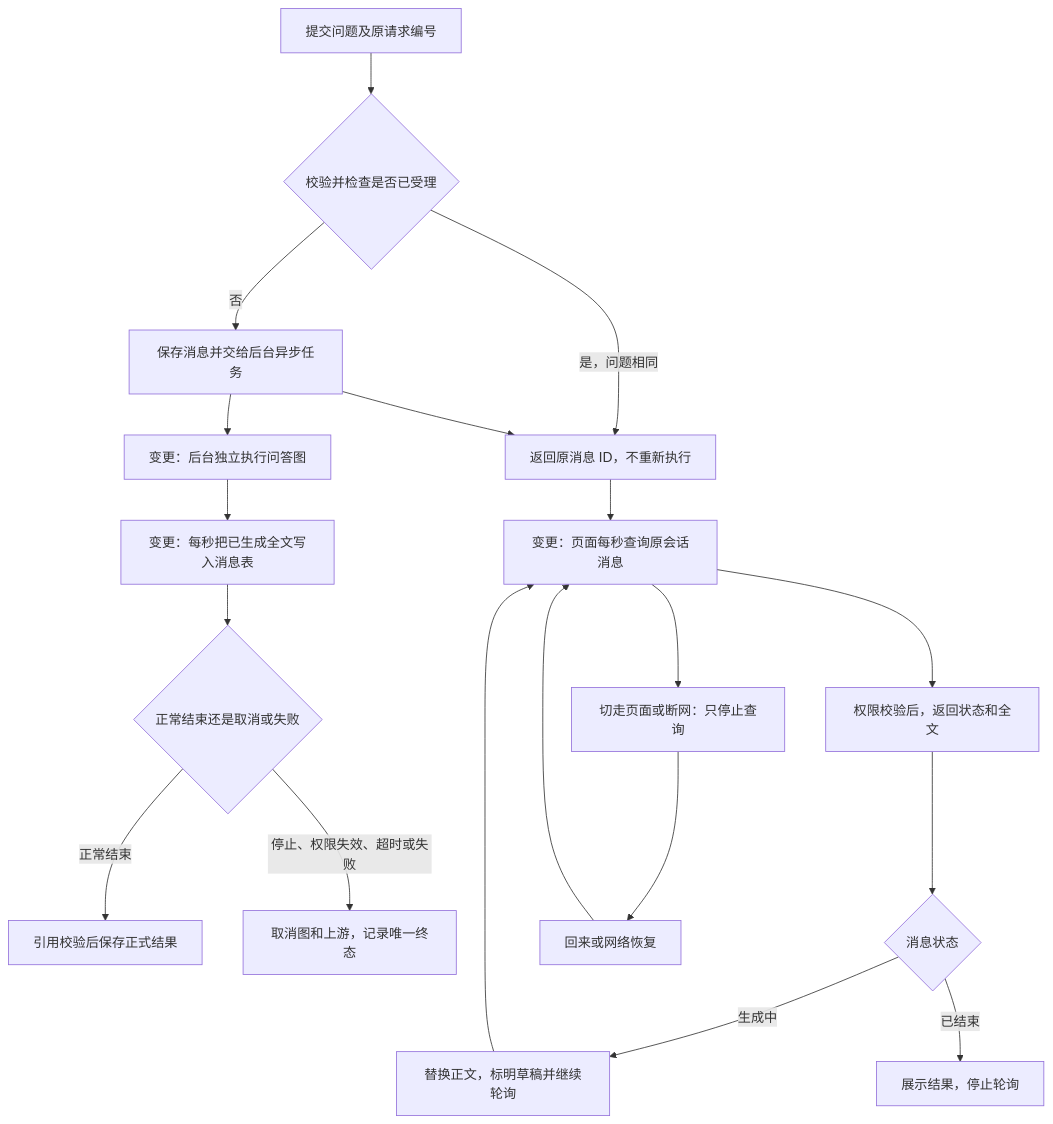
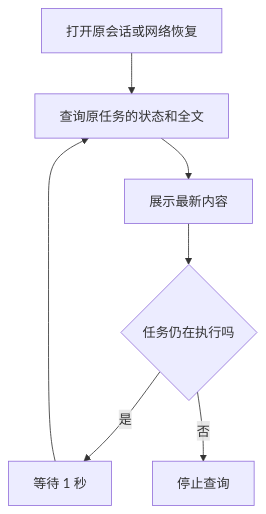
The second of 2 diagrams in docs/technical-plan-chat-reconnect.md (zjqylhy/it_helpdesk_rag), drawn with Mermaid before and after one commit. The commit also changed other lines of this file, not shown here.

Commit message:
docs: separate background execution from frontend viewing diagrams

````diff
--- a/docs/technical-plan-chat-reconnect.md
+++ b/docs/technical-plan-chat-reconnect.md
@@ -47,21 +50,9 @@
 ```mermaid
 flowchart TD
-    A[提交问题及原请求编号] --> B{校验并检查是否已受理}
-    B -->|是，问题相同| C[返回原消息 ID，不重新执行]
-    B -->|否| D[保存消息并交给后台异步任务]
-    D --> E[变更：后台独立执行问答图]
-    D --> C
-    E --> F[变更：每秒把已生成全文写入消息表]
-    F --> G{正常结束还是取消或失败}
-    G -->|正常结束| H[引用校验后保存正式结果]
-    G -->|停止、权限失效、超时或失败| I[取消图和上游，记录唯一终态]
-    C --> J[变更：页面每秒查询原会话消息]
-    J --> K[权限校验后，返回状态和全文]
-    K --> L{消息状态}
-    L -->|生成中| M[替换正文，标明草稿并继续轮询]
-    M --> J
-    L -->|已结束| N[展示结果，停止轮询]
-    J --> O[切走页面或断网：只停止查询]
-    O --> P[回来或网络恢复]
-    P --> J
+    A[打开原会话或网络恢复] --> B[查询原任务的状态和全文]
+    B --> C[展示最新内容]
+    C --> D{任务仍在执行吗}
+    D -->|是| E[等待 1 秒]
+    E --> B
+    D -->|否| F[停止查询]
 ```
````
